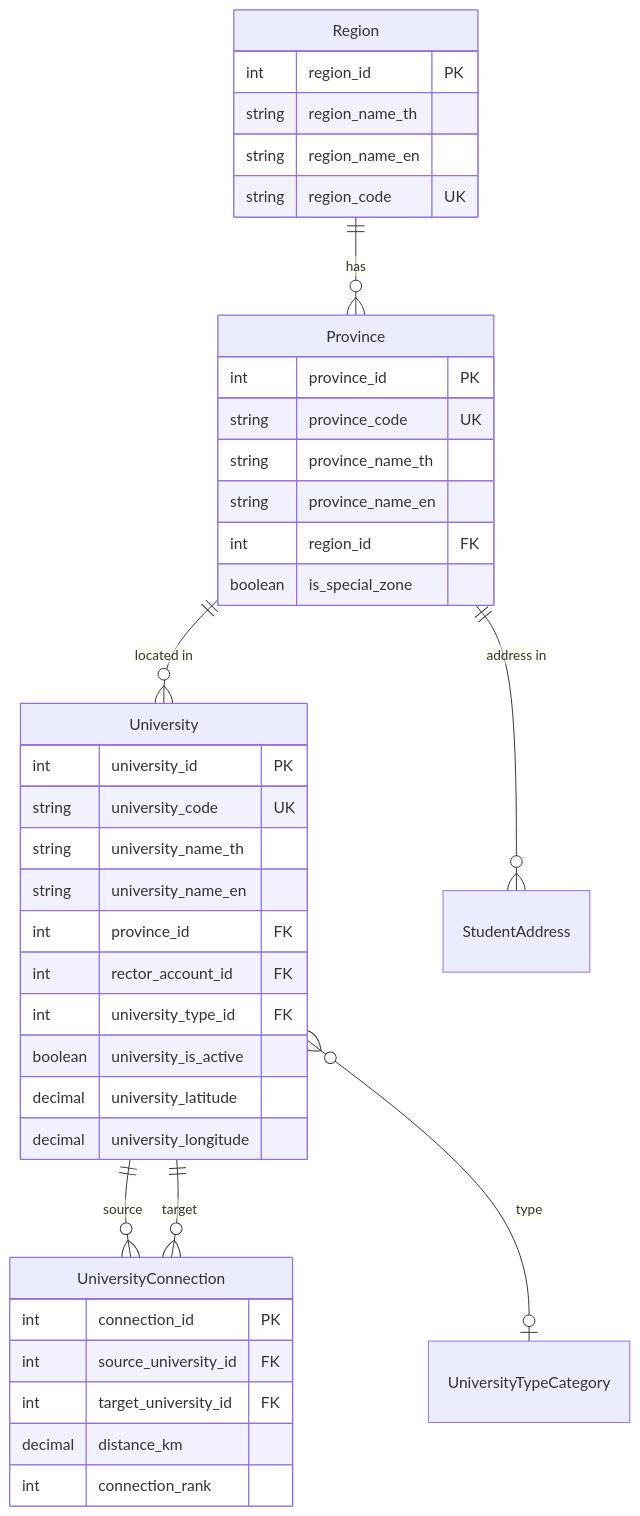
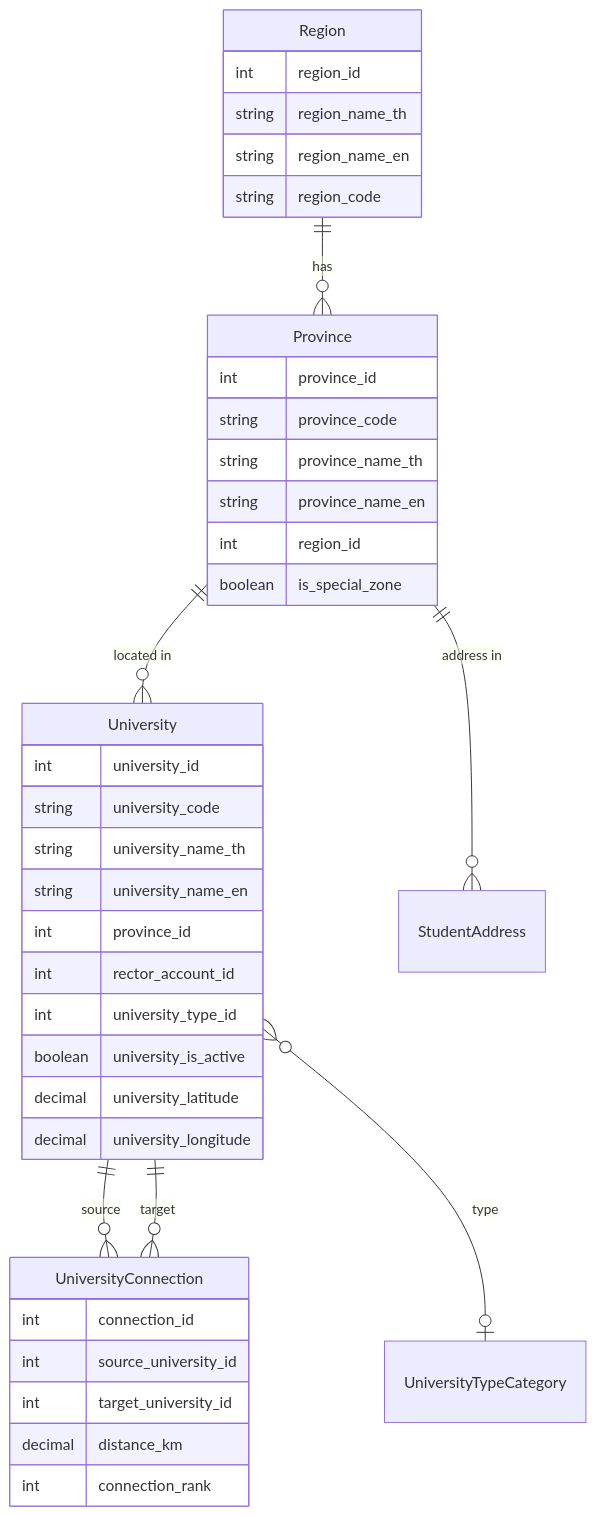
The first of 12 diagrams in prisma/README.md (BeelzebubCode/wellness-demo1), drawn with Mermaid before and after one commit. The commit also changed other lines of this file, not shown here.

Commit message:
fix: remove PK/FK annotations from Mermaid ERD for GitHub compatibility

````diff
--- a/prisma/README.md
+++ b/prisma/README.md
@@ -58,46 +58,46 @@
 ```mermaid
 erDiagram
     Region ||--o{ Province : "has"
     Province ||--o{ University : "located in"
     Province ||--o{ StudentAddress : "address in"
     University ||--o{ UniversityConnection : "source"
     University ||--o{ UniversityConnection : "target"
     University }o--o| UniversityTypeCategory : "type"
 
     Region {
-        int region_id PK
+        int region_id
         string region_name_th
         string region_name_en
-        string region_code UK
+        string region_code
     }
 
     Province {
-        int province_id PK
-        string province_code UK
+        int province_id
+        string province_code
         string province_name_th
         string province_name_en
-        int region_id FK
+        int region_id
         boolean is_special_zone
     }
 
     University {
-        int university_id PK
-        string university_code UK
+        int university_id
+        string university_code
         string university_name_th
         string university_name_en
-        int province_id FK
-        int rector_account_id FK
-        int university_type_id FK
+        int province_id
+        int rector_account_id
+        int university_type_id
         boolean university_is_active
         decimal university_latitude
         decimal university_longitude
     }
 
     UniversityConnection {
-        int connection_id PK
-        int source_university_id FK
-        int target_university_id FK
+        int connection_id
+        int source_university_id
+        int target_university_id
         decimal distance_km
         int connection_rank
     }
 ```
````
